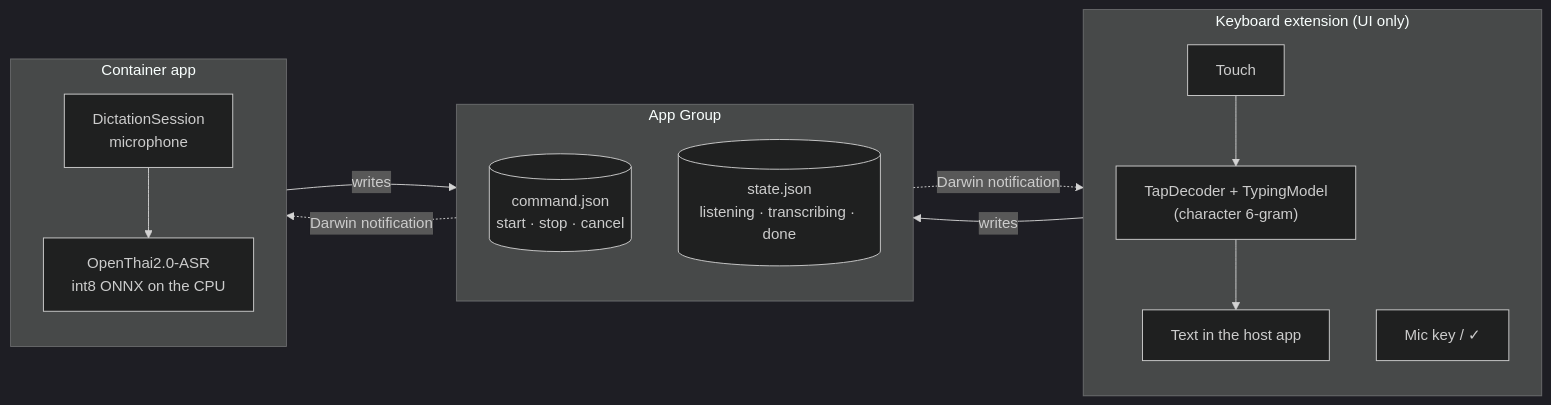
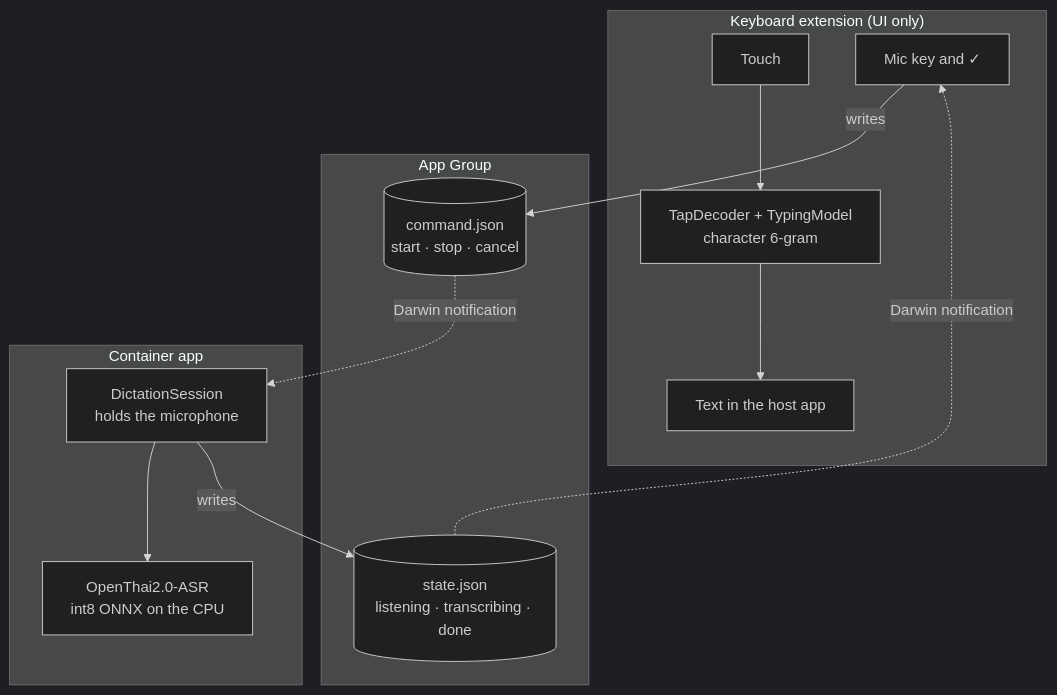
One commit to peerasak-u/Wao changed the diagram in README.md. Above: the diagram before and after it, drawn with Mermaid (dark theme).

Commit message:
Lay the README diagram out top to bottom

````diff
--- a/README.md
+++ b/README.md
@@ -52,25 +52,21 @@
 ```mermaid
-flowchart LR
+flowchart TB
     subgraph KB["Keyboard extension (UI only)"]
-        direction TB
-        touch["Touch"] --> decoder["TapDecoder + TypingModel<br/>(character 6-gram)"]
-        decoder --> text["Text in the host app"]
-        mic["Mic key / ✓"]
+        touch["Touch"] --> decoder["TapDecoder + TypingModel<br/>character 6-gram"] --> text["Text in the host app"]
+        mic["Mic key and ✓"]
     end
 
     subgraph AG["App Group"]
-        direction TB
         cmd[("command.json<br/>start · stop · cancel")]
         state[("state.json<br/>listening · transcribing · done")]
     end
 
     subgraph APP["Container app"]
-        direction TB
-        session["DictationSession<br/>microphone"] --> asr["OpenThai2.0-ASR<br/>int8 ONNX on the CPU"]
+        session["DictationSession<br/>holds the microphone"] --> asr["OpenThai2.0-ASR<br/>int8 ONNX on the CPU"]
     end
 
     mic -- writes --> cmd
     cmd -. "Darwin notification" .-> session
     session -- writes --> state
-    state -. "Darwin notification" .-> KB
+    state -. "Darwin notification" .-> mic
 ```
````
